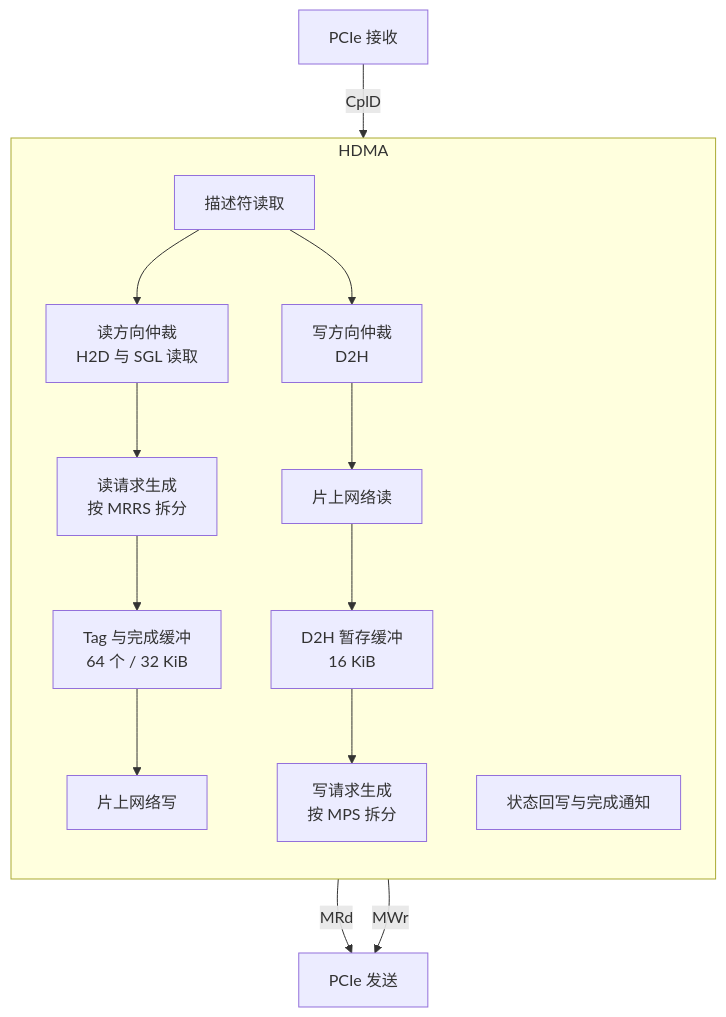
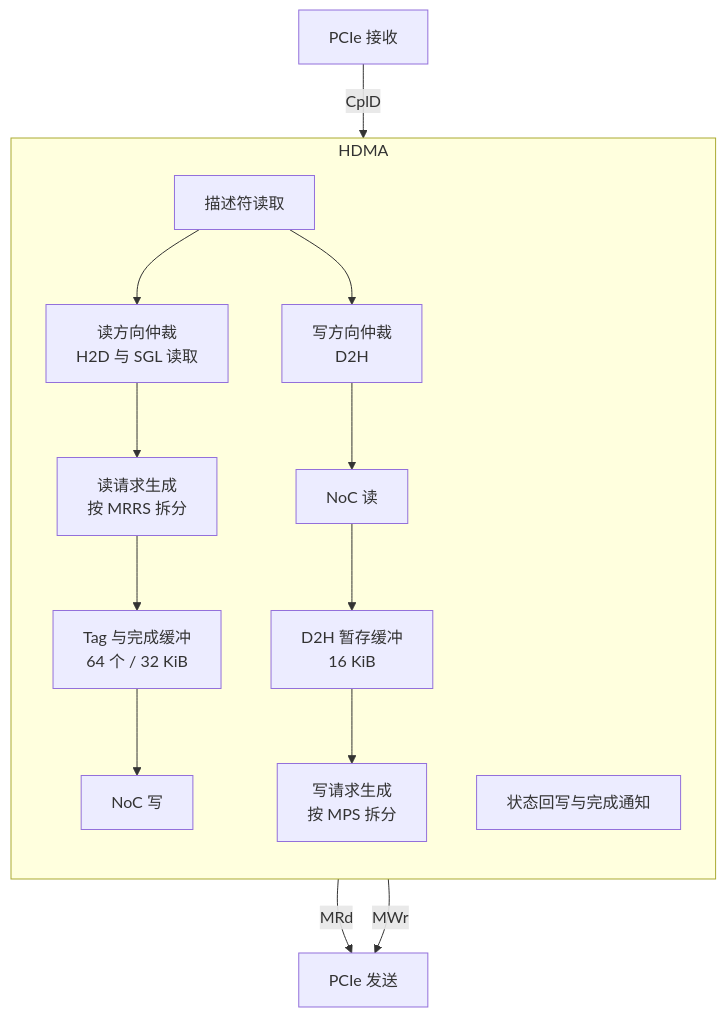
Before and after one commit to gevico/gw100-gem5: the second of 2 diagrams in docs/spec/host/spec-host-dma.md, drawn with Mermaid. The commit also changed other lines of this file and 1 other file, not shown here.

````diff
--- a/docs/spec/host/spec-host-dma.md
+++ b/docs/spec/host/spec-host-dma.md
@@ -95,18 +101,18 @@
 ```mermaid
 flowchart TB
   subgraph HDMA
     direction TB
     DF[描述符读取] --> ARB_R[读方向仲裁<br/>H2D 与 SGL 读取]
     DF --> ARB_W[写方向仲裁<br/>D2H]
     ARB_R --> RQ[读请求生成<br/>按 MRRS 拆分]
     RQ --> TAG[Tag 与完成缓冲<br/>64 个 / 32 KiB]
-    TAG --> NW[片上网络写]
-    ARB_W --> NR[片上网络读]
+    TAG --> NW[NoC 写]
+    ARB_W --> NR[NoC 读]
     NR --> WB[D2H 暂存缓冲<br/>16 KiB]
     WB --> WQ[写请求生成<br/>按 MPS 拆分]
     ST[状态回写与完成通知]
   end
   RQ -->|MRd| PCIE[PCIe 发送]
   WQ -->|MWr| PCIE
   PCIE2[PCIe 接收] -->|CplD| TAG
 ```
````
